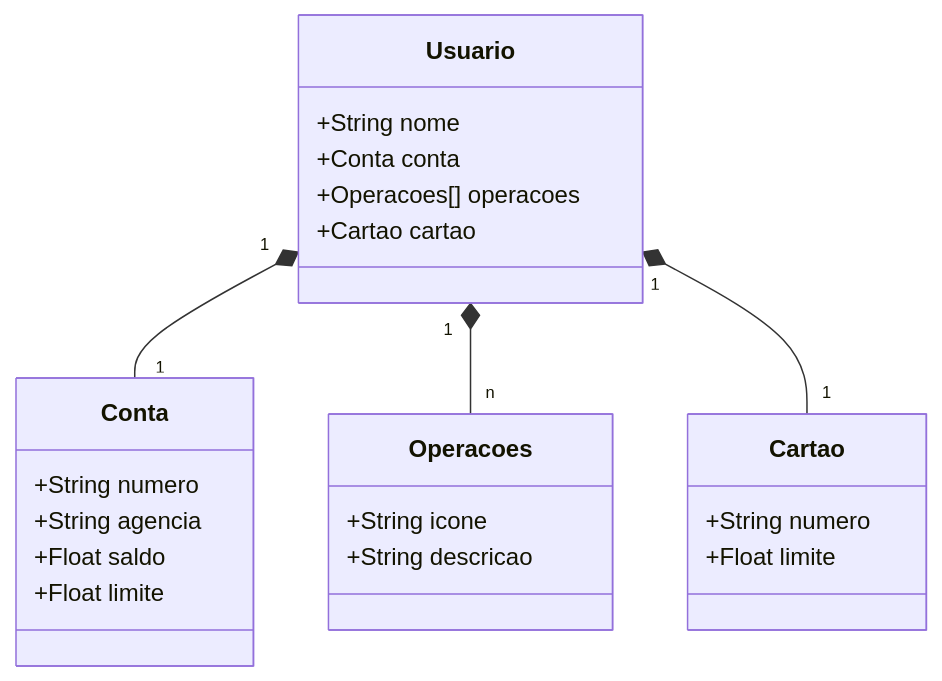
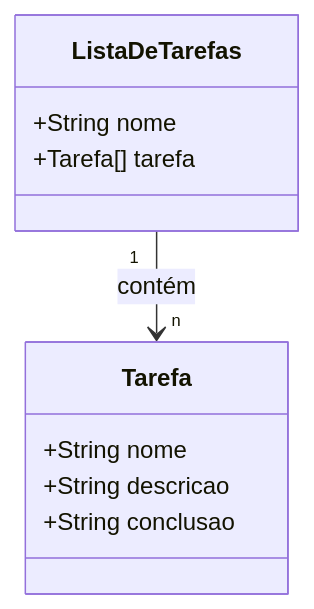
The diagram in README.md (marialmeidasouza/CriandoAPIRest), drawn with Mermaid before and after one commit.

````diff
--- a/README.md
+++ b/README.md
@@ -7,30 +7,14 @@
 ``` mermaid
 classDiagram
-    class Usuario {
+    class ListaDeTarefas {
         +String nome
-        +Conta conta
-        +Operacoes[] operacoes
-        +Cartao cartao
-        
+        +Tarefa[] tarefa
     }
 
-    class Conta {
-        +String numero
-        +String agencia
-        +Float saldo
-        +Float limite
+    class Tarefa {
+        +String nome
+        +String descricao
+        +String conclusao
     }
-
-    class Operacoes {
-        +String icone
-        +String descricao
-    }
-
-    class Cartao {
-        +String numero
-        +Float limite
-    }
-    Usuario "1"*--"1" Conta 
-    Usuario  "1"*--"n" Operacoes
-    Usuario "1" *--"1" Cartao 
+ListaDeTarefas "1" --> "n" Tarefa : contém
 ```
````
